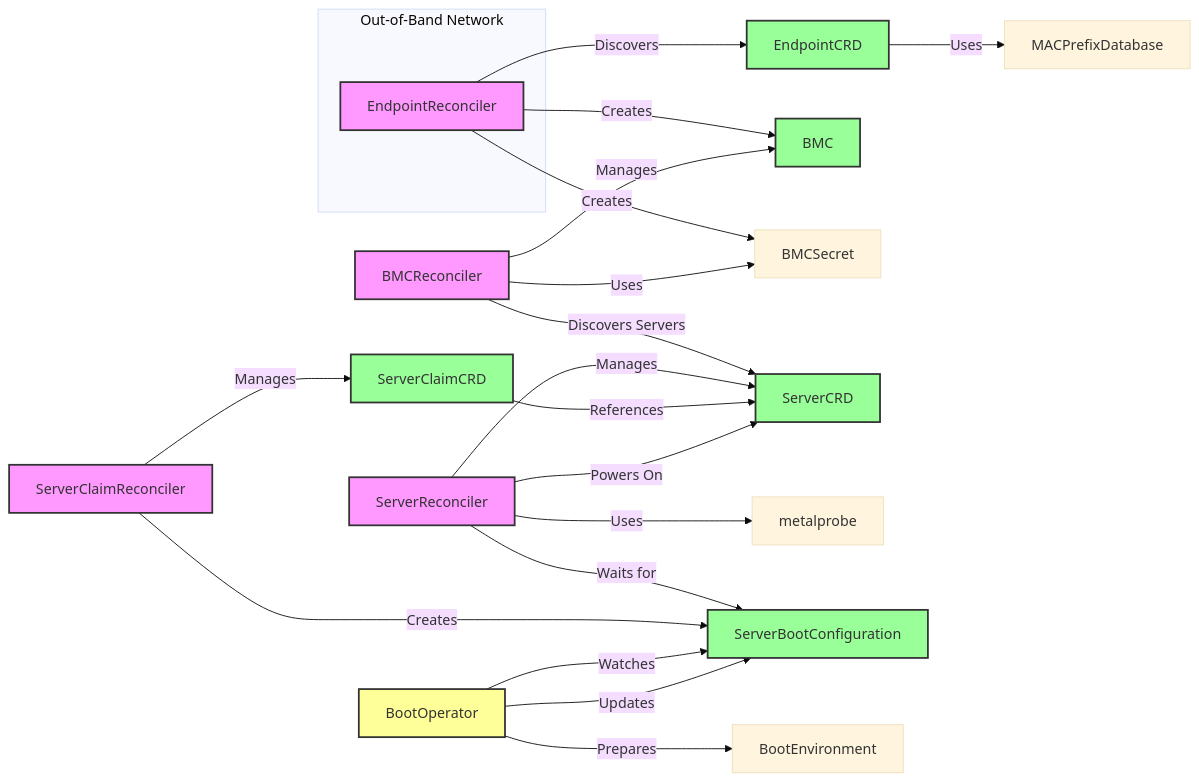
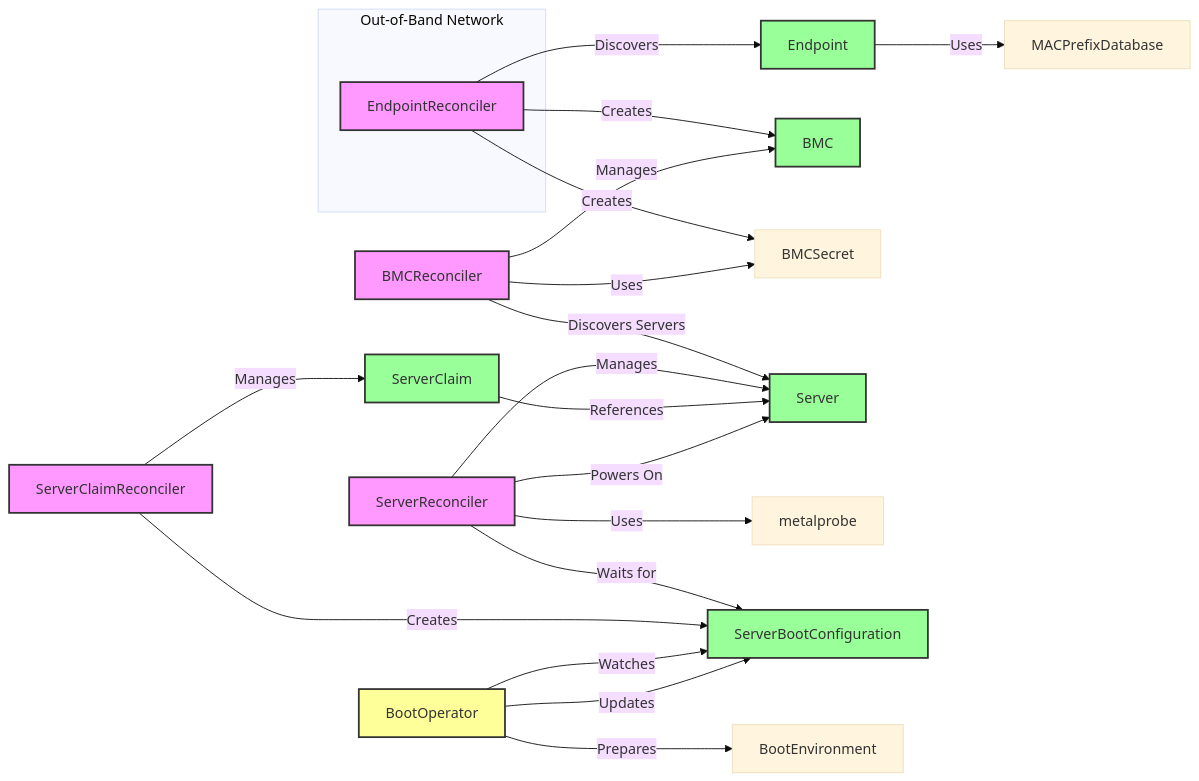
One commit to ironcore-dev/metal-operator changed the diagram in docs/architecture.md. Above: the diagram before and after it, drawn with Mermaid (base theme). The commit also changed 13 other files, not shown here.

````diff
--- a/docs/architecture.md
+++ b/docs/architecture.md
@@ -7,35 +7,35 @@
 ```mermaid
 flowchart LR
     subgraph Out-of-Band Network
         EndpointReconciler
     end
-    EndpointReconciler -- Discovers --> EndpointCRD
-    EndpointCRD -- Uses --> MACPrefixDatabase
+    EndpointReconciler -- Discovers --> Endpoint
+    Endpoint -- Uses --> MACPrefixDatabase
     EndpointReconciler -- Creates --> BMC & BMCSecret
 
     BMCReconciler -- Manages --> BMC
     BMCReconciler -- Uses --> BMCSecret
-    BMCReconciler -- Discovers Servers --> ServerCRD
+    BMCReconciler -- Discovers Servers --> Server
 
-    ServerReconciler -- Manages --> ServerCRD
+    ServerReconciler -- Manages --> Server
     ServerReconciler -- Uses --> metalprobe
     ServerReconciler -- Waits for --> ServerBootConfiguration
 
-    ServerClaimReconciler -- Manages --> ServerClaimCRD
-    ServerClaimCRD -- References --> ServerCRD
+    ServerClaimReconciler -- Manages --> ServerClaim
+    ServerClaim -- References --> Server
     ServerClaimReconciler -- Creates --> ServerBootConfiguration
 
     BootOperator -- Watches --> ServerBootConfiguration
     BootOperator -- Prepares --> BootEnvironment
     BootOperator -- Updates --> ServerBootConfiguration
 
-    ServerReconciler -- Powers On --> ServerCRD
+    ServerReconciler -- Powers On --> Server
 
     classDef operator fill:#f9f,stroke:#333,stroke-width:2px;
     classDef crd fill:#9f9,stroke:#333,stroke-width:2px;
     classDef external fill:#ff9,stroke:#333,stroke-width:2px;
 
     class EndpointReconciler,BMCReconciler,ServerReconciler,ServerClaimReconciler operator;
-    class EndpointCRD,BMC,ServerCRD,ServerClaimCRD,ServerBootConfiguration crd;
+    class Endpoint,BMC,Server,ServerClaim,ServerBootConfiguration crd;
     class BootOperator external;
 ```
````
